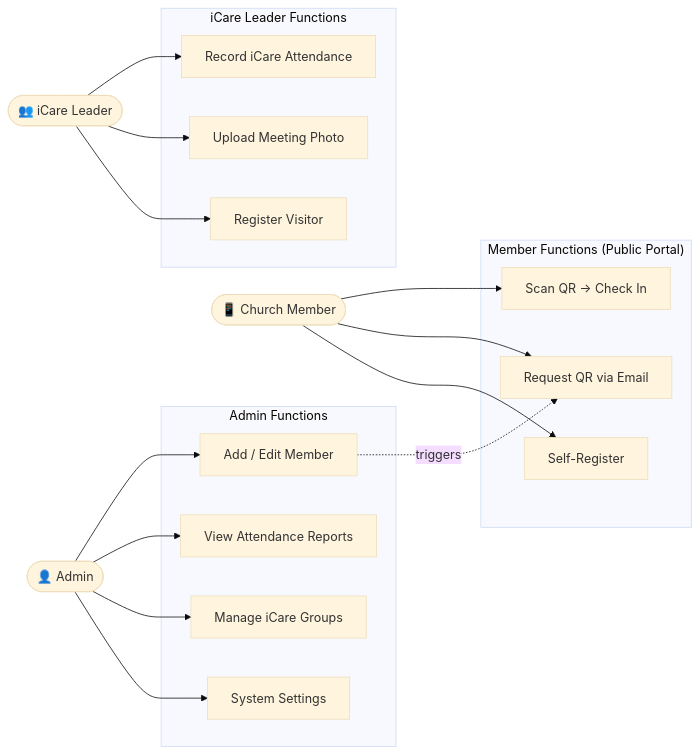
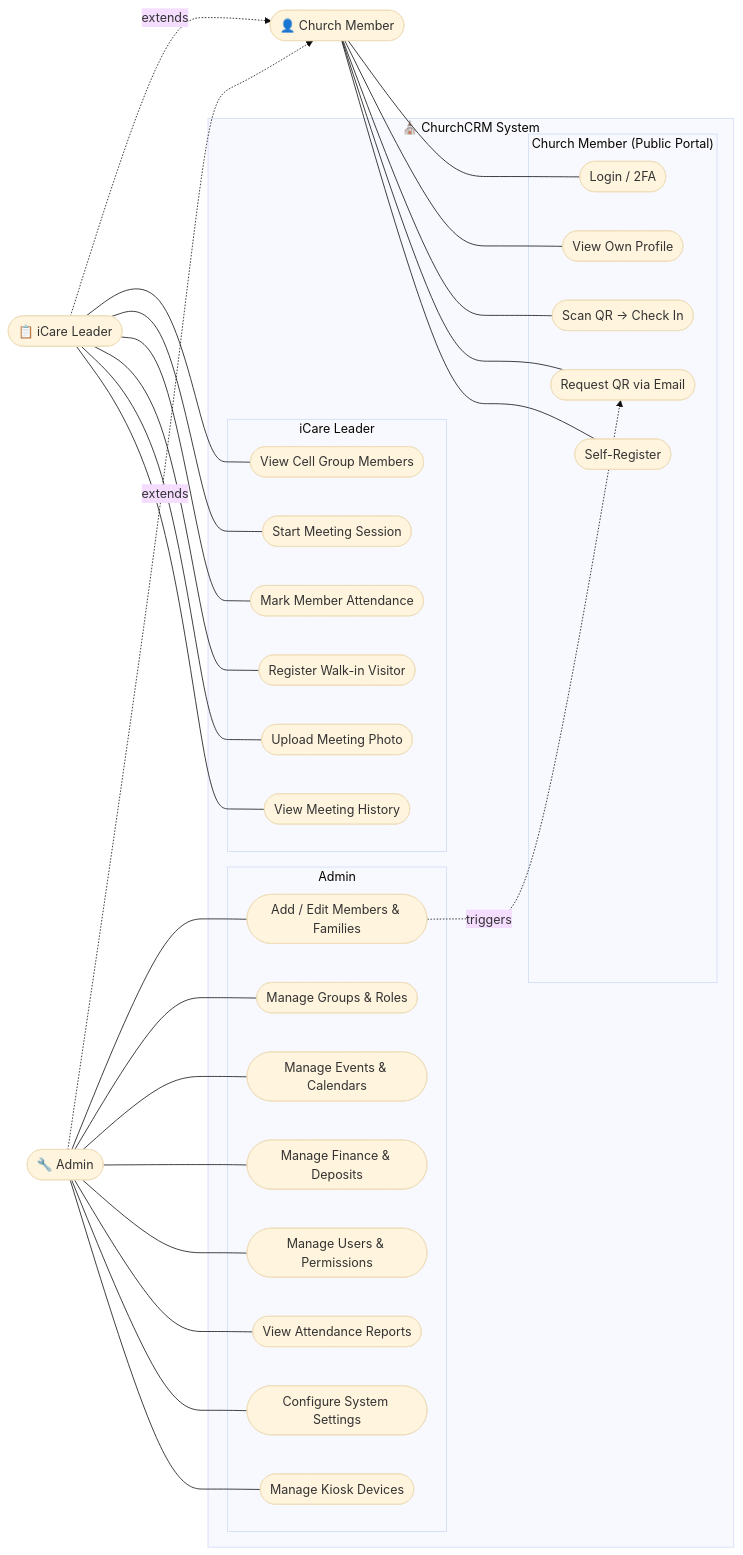
The second of 6 diagrams in README.md (ifgf-tpe/CRM), drawn with Mermaid (base theme) before and after one commit. The commit also changed other lines of this file and 1 other file, not shown here.

First line of the commit message:
Redesign README diagrams and reconcile CLAUDE.md

````diff
--- a/README.md
+++ b/README.md
@@ -169,38 +169,65 @@
 ```mermaid
 graph LR
-    Admin(["👤 Admin"])
-    Leader(["👥 iCare Leader"])
-    Member(["📱 Church Member"])
+    MEMBER(["👤 Church Member"])
+    ADMIN(["🔧 Admin"])
+    ILEADER(["📋 iCare Leader"])
 
-    subgraph "Admin Functions"
-        UC_AddMember["Add / Edit Member"]
-        UC_ViewAttend["View Attendance Reports"]
-        UC_ManageGroups["Manage iCare Groups"]
-        UC_Settings["System Settings"]
+    ADMIN -. "extends" .-> MEMBER
+    ILEADER -. "extends" .-> MEMBER
+
+    subgraph sys["⛪ ChurchCRM System"]
+
+        subgraph mem_uc["Church Member (Public Portal)"]
+            M1(["Login / 2FA"])
+            M2(["View Own Profile"])
+            M3(["Scan QR → Check In"])
+            M4(["Request QR via Email"])
+            M5(["Self-Register"])
+        end
+
+        subgraph icare_uc["iCare Leader"]
+            I1(["View Cell Group Members"])
+            I2(["Start Meeting Session"])
+            I3(["Mark Member Attendance"])
+            I4(["Register Walk-in Visitor"])
+            I5(["Upload Meeting Photo"])
+            I6(["View Meeting History"])
+        end
+
+        subgraph admin_uc["Admin"]
+            A1(["Add / Edit Members & Families"])
+            A2(["Manage Groups & Roles"])
+            A3(["Manage Events & Calendars"])
+            A4(["Manage Finance & Deposits"])
+            A5(["Manage Users & Permissions"])
+            A6(["View Attendance Reports"])
+            A7(["Configure System Settings"])
+            A8(["Manage Kiosk Devices"])
+        end
+
     end
 
-    subgraph "iCare Leader Functions"
-        UC_RecordIcare["Record iCare Attendance"]
-        UC_UploadPhoto["Upload Meeting Photo"]
-        UC_AddVisitor["Register Visitor"]
-    end
+    MEMBER --- M1
+    MEMBER --- M2
+    MEMBER --- M3
+    MEMBER --- M4
+    MEMBER --- M5
 
-    subgraph "Member Functions (Public Portal)"
-        UC_ScanQR["Scan QR → Check In"]
-        UC_ResendQR["Request QR via Email"]
-        UC_Register["Self-Register"]
-    end
+    ILEADER --- I1
+    ILEADER --- I2
+    ILEADER --- I3
+    ILEADER --- I4
+    ILEADER --- I5
+    ILEADER --- I6
 
-    Admin --> UC_AddMember
-    Admin --> UC_ViewAttend
-    Admin --> UC_ManageGroups
-    Admin --> UC_Settings
-    Leader --> UC_RecordIcare
-    Leader --> UC_UploadPhoto
-    Leader --> UC_AddVisitor
-    Member --> UC_ScanQR
-    Member --> UC_ResendQR
-    Member --> UC_Register
+    ADMIN --- A1
+    ADMIN --- A2
+    ADMIN --- A3
+    ADMIN --- A4
+    ADMIN --- A5
+    ADMIN --- A6
+    ADMIN --- A7
+    ADMIN --- A8
 
-    UC_AddMember -.->|triggers| UC_ResendQR
+    A1 -. "triggers" .-> M4
 ```
````
